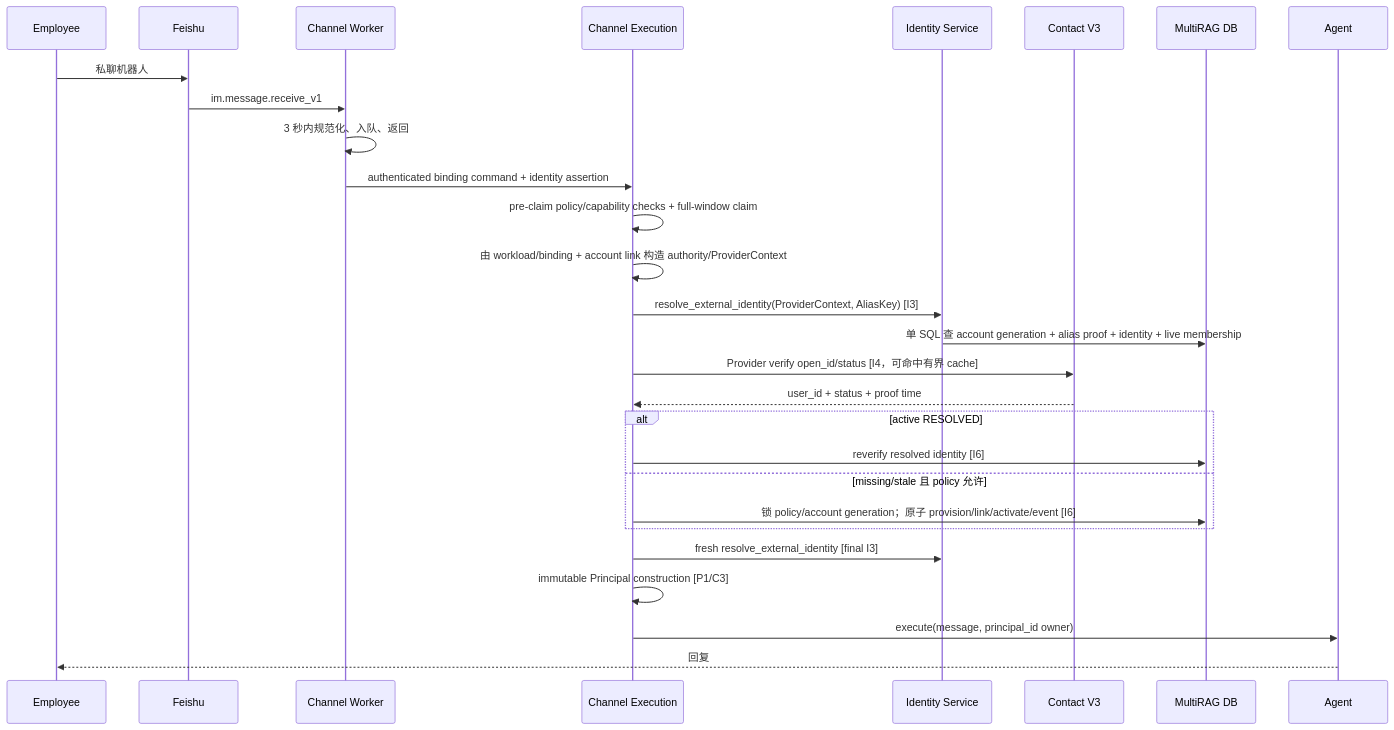
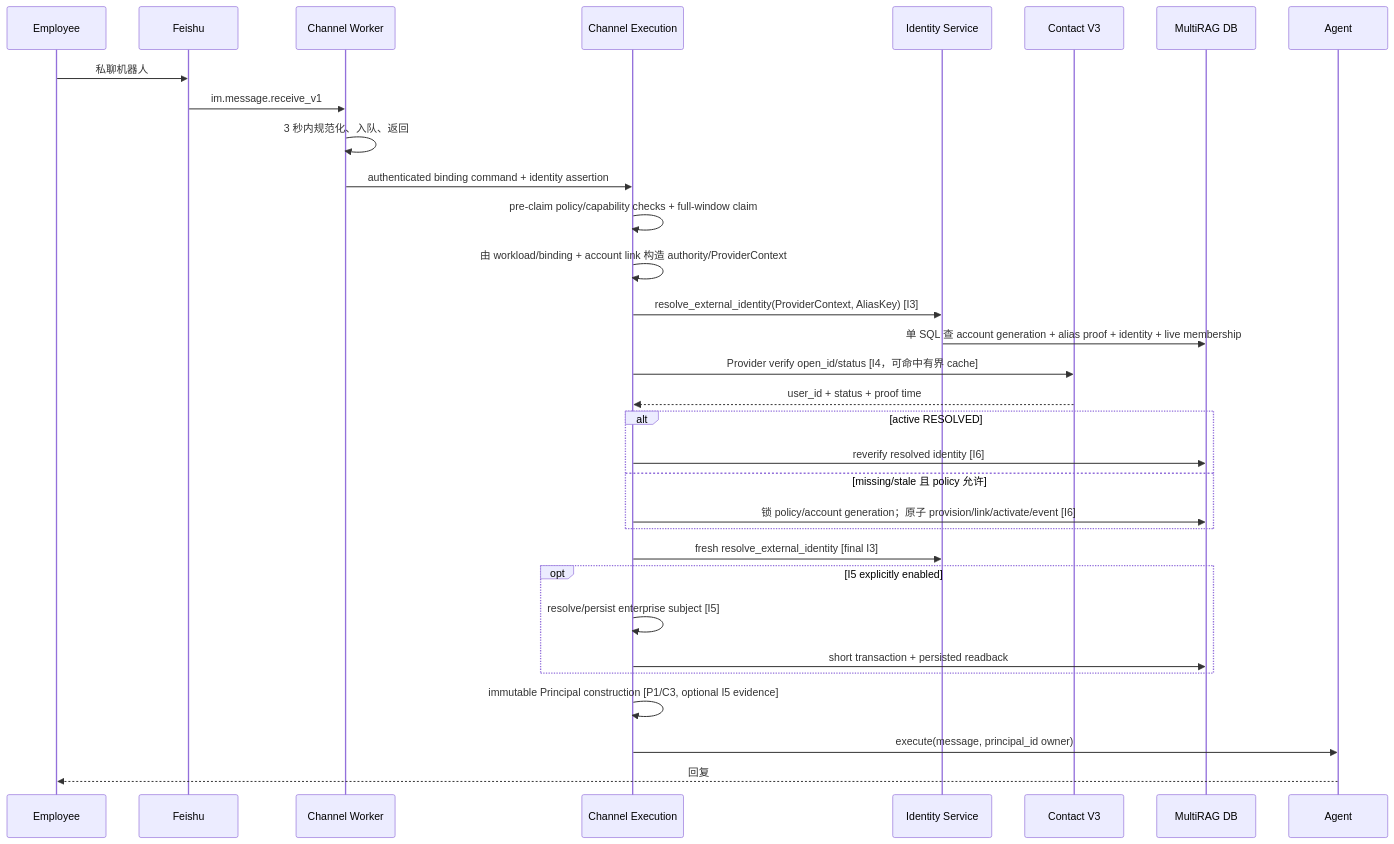
Before and after one commit to yuehong136/MultiRAG: the eighth of 12 diagrams in docs/enterprise-identity-mcp/ARCHITECTURE.md, drawn with Mermaid. The commit also changed other lines of this file and 21 other files, not shown here.

Commit message:
feat(identity): resolve Channel enterprise subjects (EIM-I5, CHN-X19)

````diff
--- a/docs/enterprise-identity-mcp/ARCHITECTURE.md
+++ b/docs/enterprise-identity-mcp/ARCHITECTURE.md
@@ -345,31 +376,35 @@
 ```mermaid
 sequenceDiagram
     participant E as Employee
     participant F as Feishu
     participant W as Channel Worker
     participant X as Channel Execution
     participant I as Identity Service
     participant C as Contact V3
     participant D as MultiRAG DB
     participant A as Agent
 
     E->>F: 私聊机器人
     F->>W: im.message.receive_v1
     W->>W: 3 秒内规范化、入队、返回
     W->>X: authenticated binding command + identity assertion
     X->>X: pre-claim policy/capability checks + full-window claim
     X->>X: 由 workload/binding + account link 构造 authority/ProviderContext
     X->>I: resolve_external_identity(ProviderContext, AliasKey) [I3]
     I->>D: 单 SQL 查 account generation + alias proof + identity + live membership
     X->>C: Provider verify open_id/status [I4，可命中有界 cache]
     C-->>X: user_id + status + proof time
     alt active RESOLVED
         X->>D: reverify resolved identity [I6]
     else missing/stale 且 policy 允许
         X->>D: 锁 policy/account generation；原子 provision/link/activate/event [I6]
     end
     X->>I: fresh resolve_external_identity [final I3]
-    X->>X: immutable Principal construction [P1/C3]
+    opt I5 explicitly enabled
+        X->>X: resolve/persist enterprise subject [I5]
+        X->>D: short transaction + persisted readback
+    end
+    X->>X: immutable Principal construction [P1/C3, optional I5 evidence]
     X->>A: execute(message, principal_id owner)
     A-->>E: 回复
 ```
````
